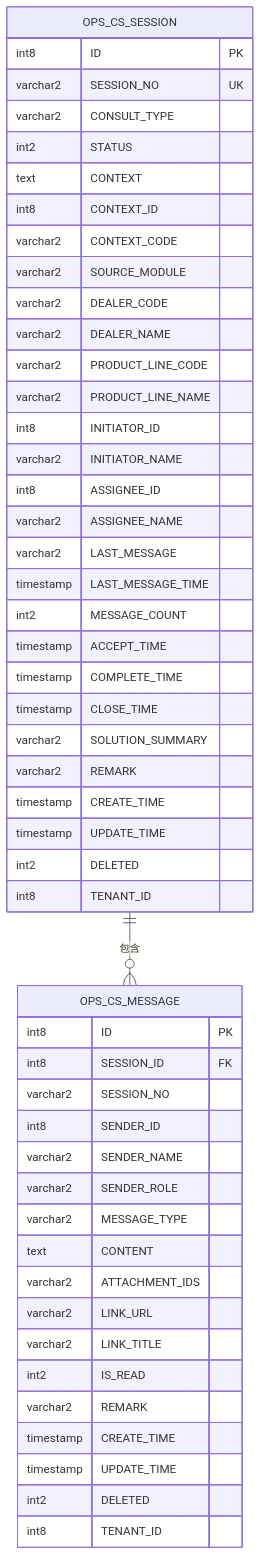
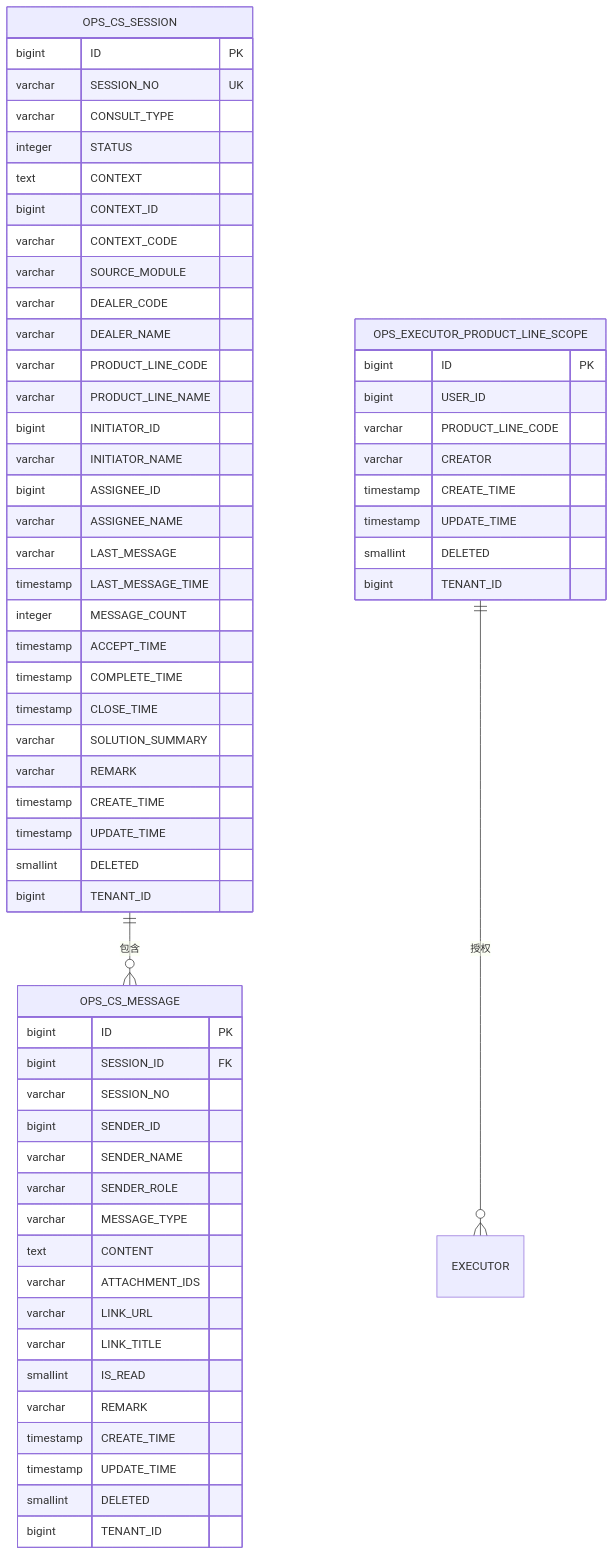
One commit to xiaoche80s-tech/rouyi-vue-pro changed the fifth of 27 diagrams in .qoder/repowiki/zh/content/核心模块/客户服务模块.md. Above: the diagram before and after it, drawn with Mermaid. The commit also changed other lines of this file and 534 other files, not shown here.

````diff
--- a/.qoder/repowiki/zh/content/核心模块/客户服务模块.md
+++ b/.qoder/repowiki/zh/content/核心模块/客户服务模块.md
@@ -384,53 +432,64 @@
 ```mermaid
 erDiagram
 OPS_CS_SESSION {
-int8 ID PK
-varchar2 SESSION_NO UK
-varchar2 CONSULT_TYPE
-int2 STATUS
+bigint ID PK
+varchar SESSION_NO UK
+varchar CONSULT_TYPE
+integer STATUS
 text CONTEXT
-int8 CONTEXT_ID
-varchar2 CONTEXT_CODE
-varchar2 SOURCE_MODULE
-varchar2 DEALER_CODE
-varchar2 DEALER_NAME
-varchar2 PRODUCT_LINE_CODE
-varchar2 PRODUCT_LINE_NAME
-int8 INITIATOR_ID
-varchar2 INITIATOR_NAME
-int8 ASSIGNEE_ID
-varchar2 ASSIGNEE_NAME
-varchar2 LAST_MESSAGE
+bigint CONTEXT_ID
+varchar CONTEXT_CODE
+varchar SOURCE_MODULE
+varchar DEALER_CODE
+varchar DEALER_NAME
+varchar PRODUCT_LINE_CODE
+varchar PRODUCT_LINE_NAME
+bigint INITIATOR_ID
+varchar INITIATOR_NAME
+bigint ASSIGNEE_ID
+varchar ASSIGNEE_NAME
+varchar LAST_MESSAGE
 timestamp LAST_MESSAGE_TIME
-int2 MESSAGE_COUNT
+integer MESSAGE_COUNT
 timestamp ACCEPT_TIME
 timestamp COMPLETE_TIME
 timestamp CLOSE_TIME
-varchar2 SOLUTION_SUMMARY
-varchar2 REMARK
+varchar SOLUTION_SUMMARY
+varchar REMARK
 timestamp CREATE_TIME
 timestamp UPDATE_TIME
-int2 DELETED
-int8 TENANT_ID
+smallint DELETED
+bigint TENANT_ID
 }
 OPS_CS_MESSAGE {
-int8 ID PK
-int8 SESSION_ID FK
-varchar2 SESSION_NO
-int8 SENDER_ID
-varchar2 SENDER_NAME
-varchar2 SENDER_ROLE
-varchar2 MESSAGE_TYPE
+bigint ID PK
+bigint SESSION_ID FK
+varchar SESSION_NO
+bigint SENDER_ID
+varchar SENDER_NAME
+varchar SENDER_ROLE
+varchar MESSAGE_TYPE
 text CONTENT
-varchar2 ATTACHMENT_IDS
-varchar2 LINK_URL
-varchar2 LINK_TITLE
-int2 IS_READ
-varchar2 REMARK
+varchar ATTACHMENT_IDS
+varchar LINK_URL
+varchar LINK_TITLE
+smallint IS_READ
+varchar REMARK
 timestamp CREATE_TIME
 timestamp UPDATE_TIME
-int2 DELETED
-int8 TENANT_ID
+smallint DELETED
+bigint TENANT_ID
+}
+OPS_EXECUTOR_PRODUCT_LINE_SCOPE {
+bigint ID PK
+bigint USER_ID
+varchar PRODUCT_LINE_CODE
+varchar CREATOR
+timestamp CREATE_TIME
+timestamp UPDATE_TIME
+smallint DELETED
+bigint TENANT_ID
 }
 OPS_CS_SESSION ||--o{ OPS_CS_MESSAGE : "包含"
+OPS_EXECUTOR_PRODUCT_LINE_SCOPE ||--o{ EXECUTOR : "授权"
 ```
````
